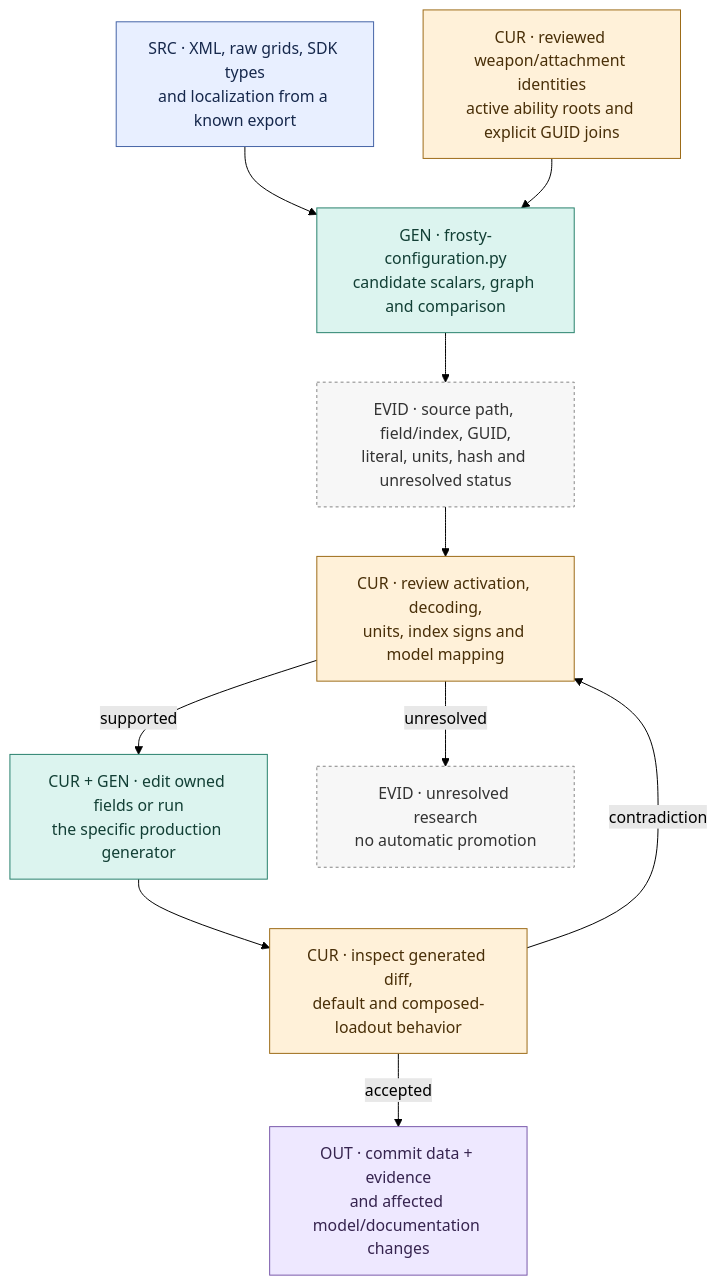
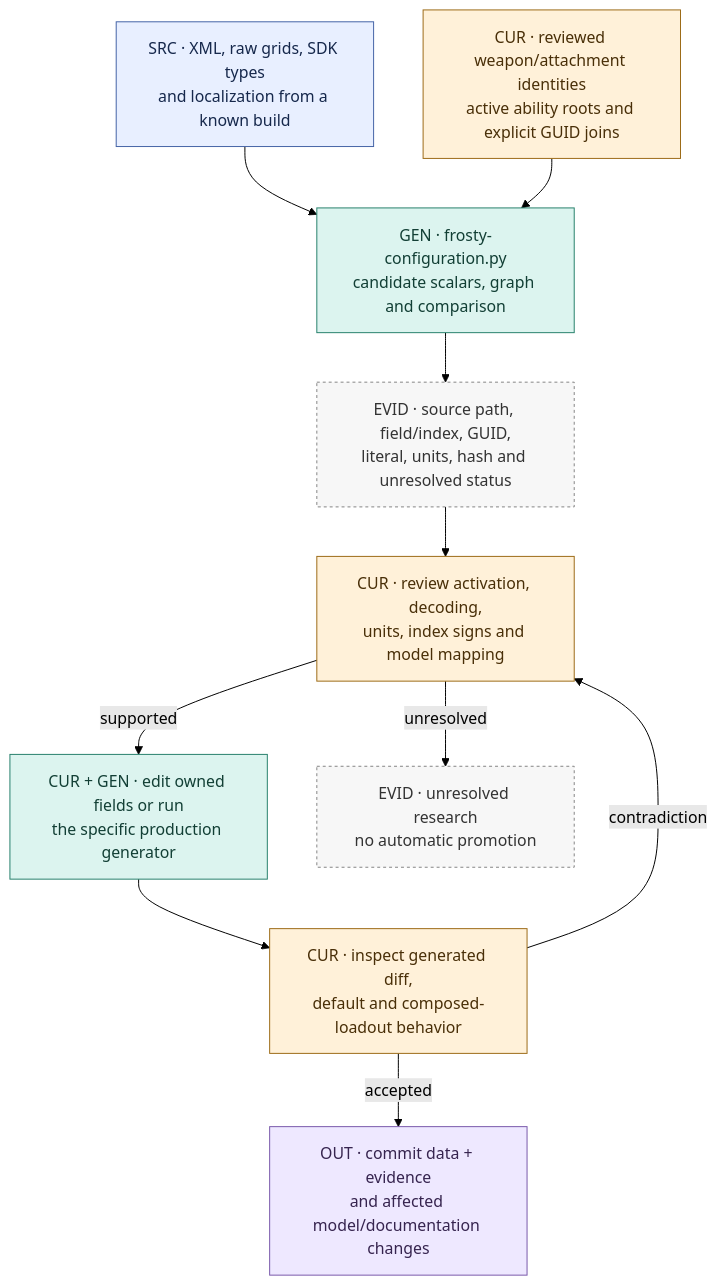
One commit to raymdl/BF6-Weapon-Analyzer changed the third of 6 diagrams in docs/data-flow/SOURCES.md. Above: the diagram before and after it, drawn with Mermaid (forest theme). The commit also changed other lines of this file and 8 other files, not shown here.

First line of the commit message:
Refresh data-flow atlas for current state and render viewer live

````diff
--- a/docs/data-flow/SOURCES.md
+++ b/docs/data-flow/SOURCES.md
@@ -50,28 +104,26 @@
 ```mermaid
 flowchart TB
-    XML["SRC · XML, raw grids, SDK types<br/>and localization from a known export"]:::src
+    XML["SRC · XML, raw grids, SDK types<br/>and localization from a known build"]:::src
     JOIN["CUR · reviewed weapon/attachment identities<br/>active ability roots and explicit GUID joins"]:::cur
     TRACE["GEN · frosty-configuration.py<br/>candidate scalars, graph and comparison"]:::gen
     AUDIT["EVID · source path, field/index, GUID,<br/>literal, units, hash and unresolved status"]:::ev
     CHOICE["CUR · review activation, decoding,<br/>units, index signs and model mapping"]:::cur
     WRITE["CUR + GEN · edit owned fields or run<br/>the specific production generator"]:::gen
     DIFF["CUR · inspect generated diff,<br/>default and composed-loadout behavior"]:::cur
     COMMIT["OUT · commit data + evidence<br/>and affected model/documentation changes"]:::out
     DEFER["EVID · unresolved research<br/>no automatic promotion"]:::ev
     XML --> TRACE
     JOIN --> TRACE
     TRACE --> AUDIT
     AUDIT --> CHOICE
     CHOICE -->|supported| WRITE
     CHOICE -->|unresolved| DEFER
     WRITE --> DIFF
     DIFF -->|accepted| COMMIT
     DIFF -->|contradiction| CHOICE
     classDef src fill:#e8efff,stroke:#4463a6,color:#16284c
     classDef cur fill:#fff1d9,stroke:#9c6b17,color:#492f08
     classDef gen fill:#dcf4ef,stroke:#27806c,color:#123f35
-    classDef run fill:#eef0f5,stroke:#616a80,color:#242938
-    classDef asm fill:#fff0ef,stroke:#b34c46,color:#621f1b,stroke-dasharray:5 3
     classDef out fill:#eee8ff,stroke:#7958aa,color:#36244f
     classDef ev fill:#f7f7f7,stroke:#858585,color:#333333,stroke-dasharray:3 3
 ```
````
